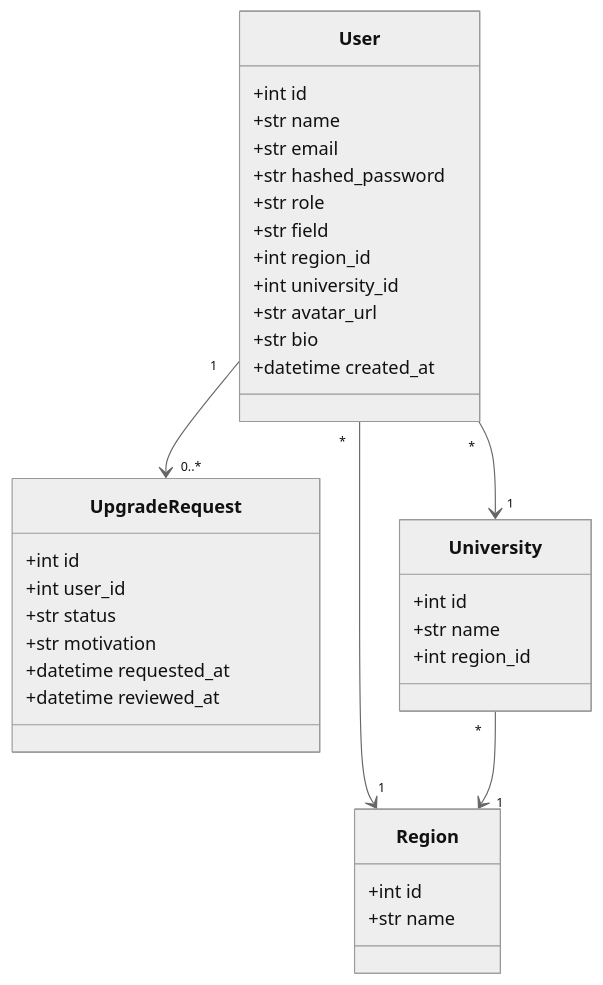
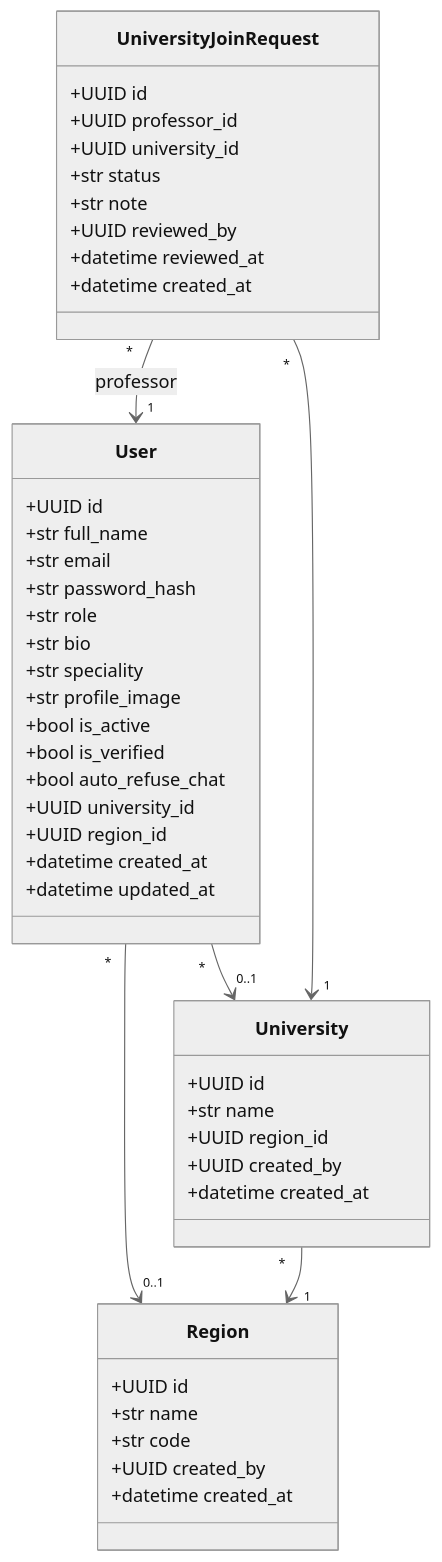
One commit to yazidha09/Hub4Learners changed the second of 4 diagrams in docs/sprints/SPRINT_1.md. Above: the diagram before and after it, drawn with Mermaid (neutral theme). The commit also changed other lines of this file and 5 other files, not shown here.

````diff
--- a/docs/sprints/SPRINT_1.md
+++ b/docs/sprints/SPRINT_1.md
@@ -46,41 +60,53 @@
 ```mermaid
 classDiagram
     class User {
-        +int id
+        +UUID id
+        +str full_name
+        +str email
+        +str password_hash
+        +str role
+        +str bio
+        +str speciality
+        +str profile_image
+        +bool is_active
+        +bool is_verified
+        +bool auto_refuse_chat
+        +UUID university_id
+        +UUID region_id
+        +datetime created_at
+        +datetime updated_at
+    }
+
+    class Region {
+        +UUID id
         +str name
-        +str email
-        +str hashed_password
-        +str role
-        +str field
-        +int region_id
-        +int university_id
-        +str avatar_url
-        +str bio
+        +str code
+        +UUID created_by
         +datetime created_at
     }
 
-    class UpgradeRequest {
-        +int id
-        +int user_id
-        +str status
-        +str motivation
-        +datetime requested_at
-        +datetime reviewed_at
+    class University {
+        +UUID id
+        +str name
+        +UUID region_id
+        +UUID created_by
+        +datetime created_at
     }
 
-    class Region {
-        +int id
-        +str name
+    class UniversityJoinRequest {
+        +UUID id
+        +UUID professor_id
+        +UUID university_id
+        +str status
+        +str note
+        +UUID reviewed_by
+        +datetime reviewed_at
+        +datetime created_at
     }
 
-    class University {
-        +int id
-        +str name
-        +int region_id
-    }
-
-    User "1" --> "0..*" UpgradeRequest
-    User "*" --> "1" Region
-    User "*" --> "1" University
+    User "*" --> "0..1" University
+    User "*" --> "0..1" Region
     University "*" --> "1" Region
+    UniversityJoinRequest "*" --> "1" User : professor
+    UniversityJoinRequest "*" --> "1" University
 ```
````
